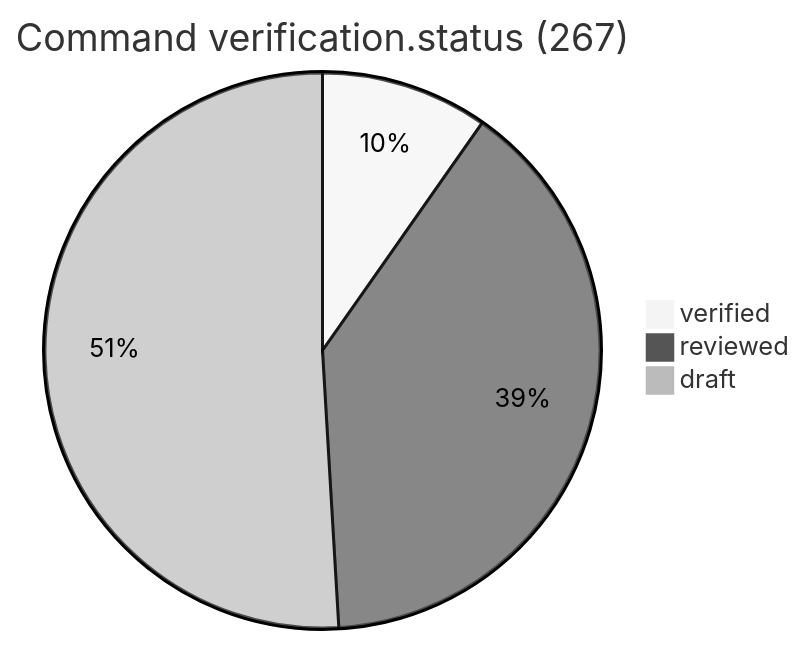
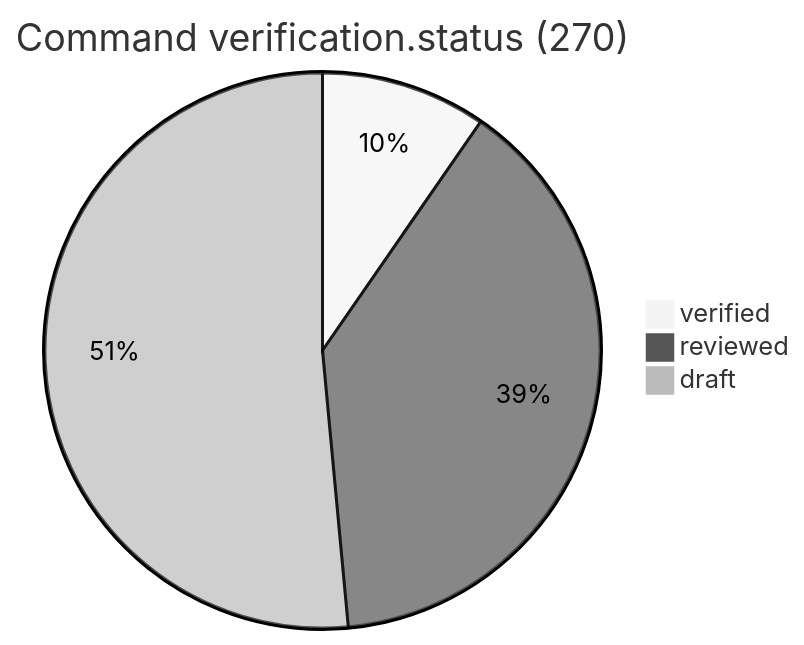
One commit to Teknoloji-Filozoflari/Nova-Commands changed the first of 8 diagrams in README.md. Above: the diagram before and after it, drawn with Mermaid (neutral theme). The commit also changed other lines of this file and 30 other files, not shown here.

````diff
--- a/README.md
+++ b/README.md
@@ -50,6 +50,6 @@
 ```mermaid
-pie title Command verification.status (267)
+pie title Command verification.status (270)
   "verified" : 26
   "reviewed" : 105
-  "draft" : 136
+  "draft" : 139
 ```
````
